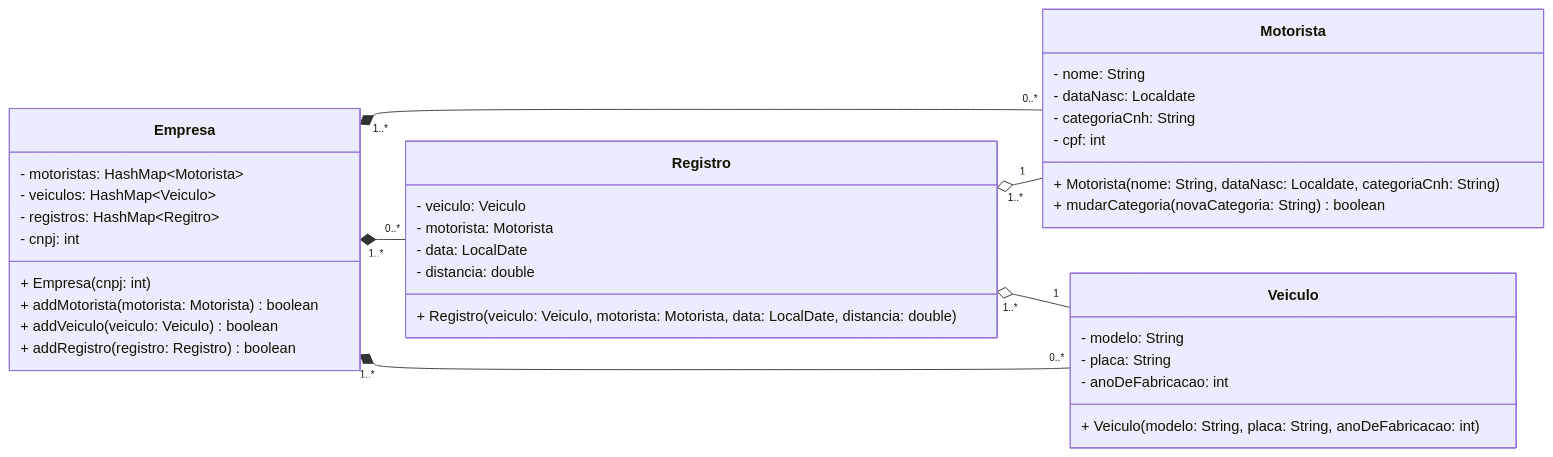
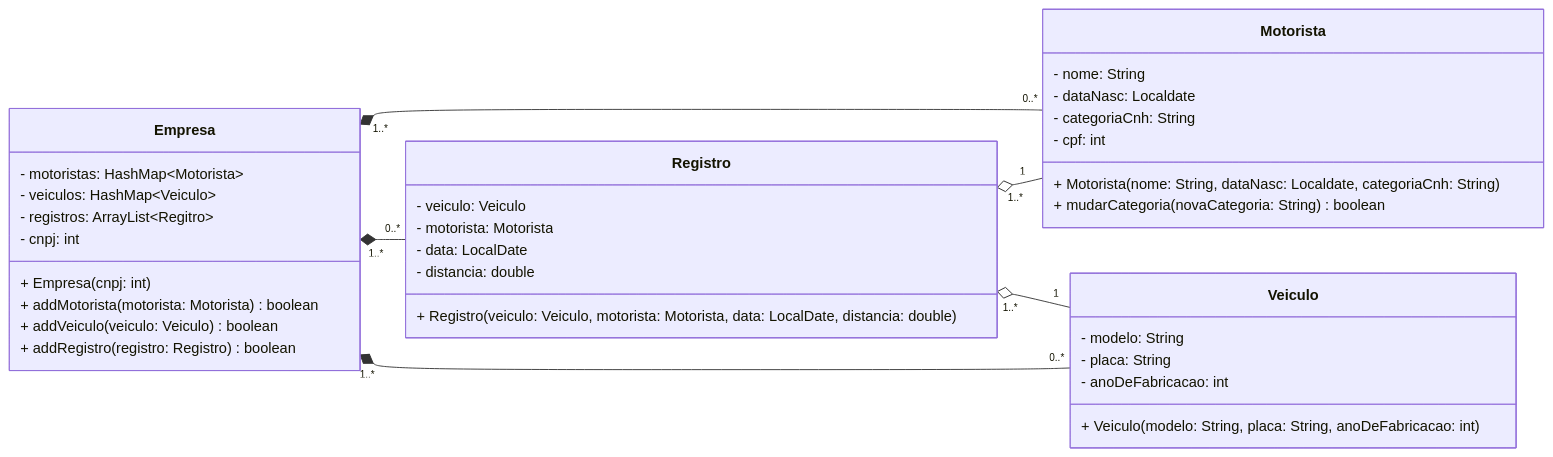
One commit to hiagosantos60/POO changed the diagram in lab05/ex03/README.md. Above: the diagram before and after it, drawn with Mermaid. The commit also changed 2 other files, not shown here.

Commit message:
Adicionando classe Empresa

````diff
--- a/lab05/ex03/README.md
+++ b/lab05/ex03/README.md
@@ -4,47 +4,47 @@
 ``` mermaid
 
 classDiagram
     direction LR
     Registro "1..*" o-- "1" Motorista
     Empresa "1..*" *-- "0..*" Registro
     Empresa "1..*" *-- "0..*" Motorista
     Empresa "1..*" *-- "0..*" Veiculo
     Registro "1..*" o-- "1" Veiculo
     
 
     class Veiculo {
         - modelo: String
         - placa: String
         - anoDeFabricacao: int
         + Veiculo(modelo: String, placa: String, anoDeFabricacao: int)
     }
 
     class Motorista {
         - nome: String
         - dataNasc: Localdate
         - categoriaCnh: String
         - cpf: int
         + Motorista(nome: String, dataNasc: Localdate, categoriaCnh: String)
         + mudarCategoria(novaCategoria: String) boolean
     }
 
     class Registro {
         - veiculo: Veiculo
         - motorista: Motorista
         - data: LocalDate
         - distancia: double
         + Registro(veiculo: Veiculo, motorista: Motorista, data: LocalDate, distancia: double)
     }
 
     class Empresa {
         - motoristas: HashMap~Motorista~
         - veiculos: HashMap~Veiculo~
-        - registros: HashMap~Regitro~
+        - registros: ArrayList~Regitro~
         - cnpj: int
         + Empresa (cnpj: int)
         + addMotorista(motorista: Motorista) boolean
         + addVeiculo(veiculo: Veiculo) boolean
         + addRegistro(registro: Registro) boolean
     }
 
 ```
````
